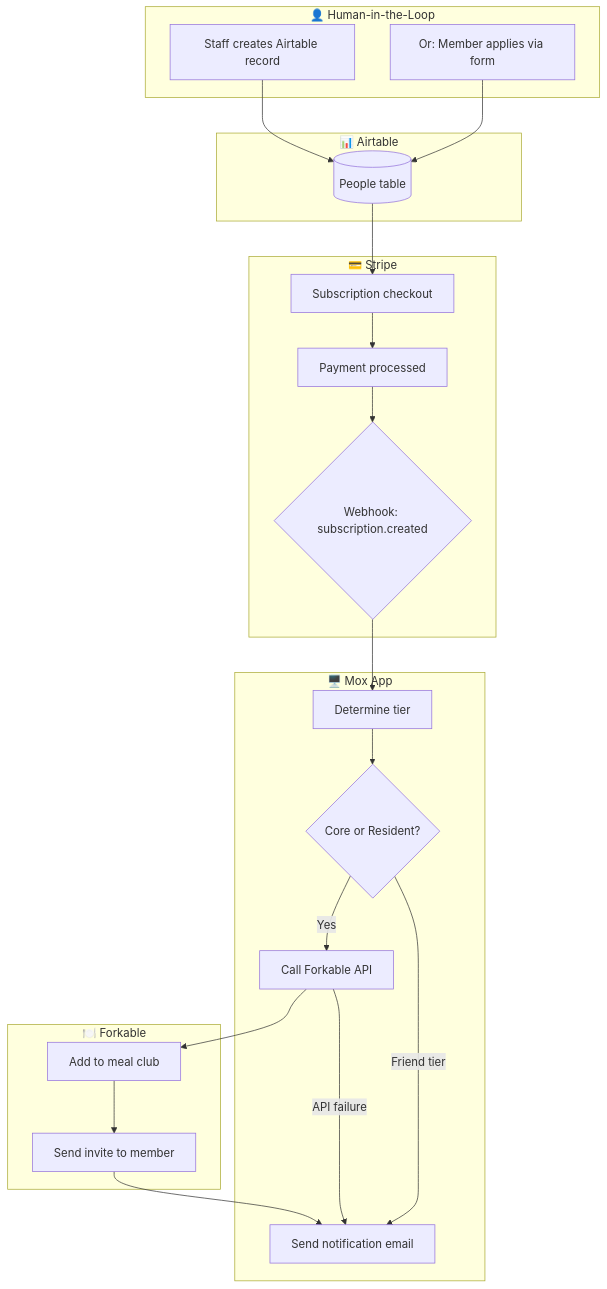
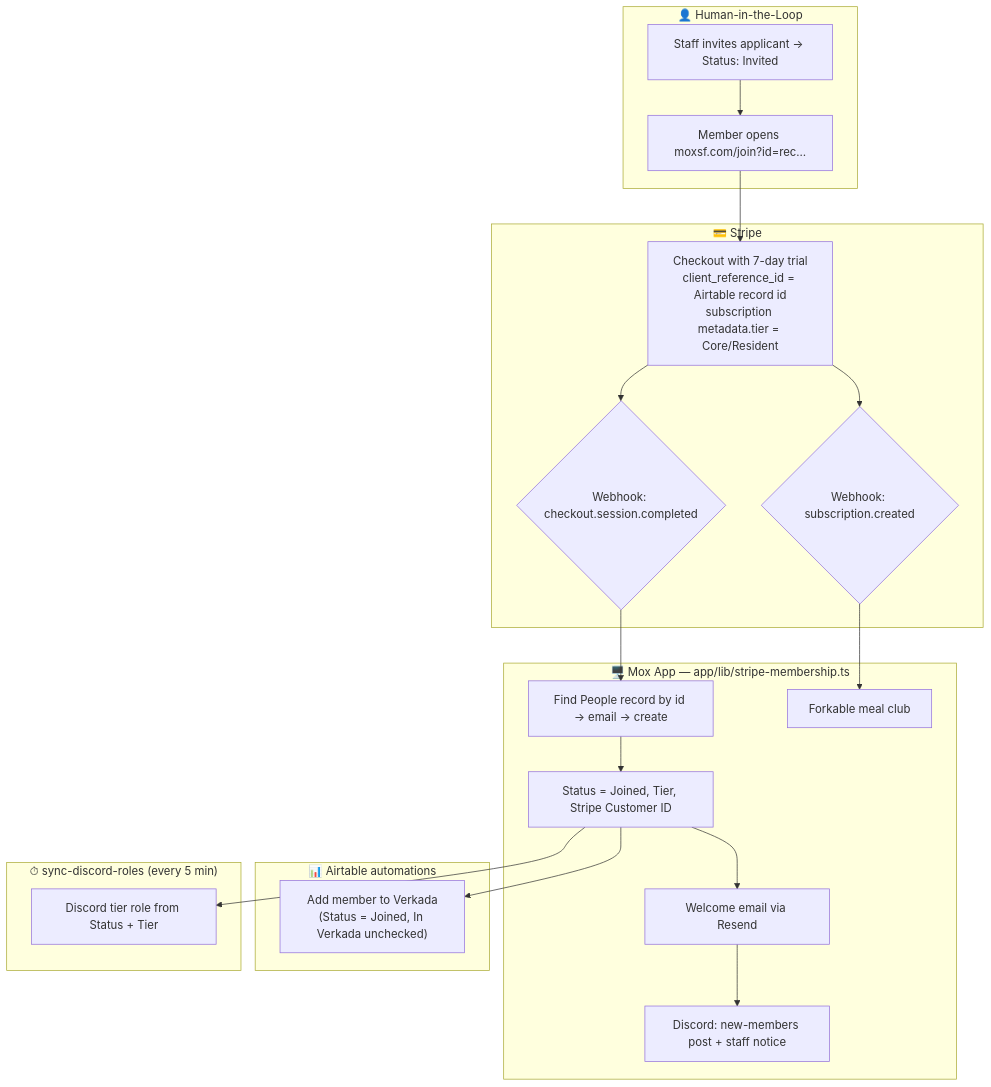
One commit to manifund/mox-sf changed the diagram in docs/workflows/member-onboarding.md. Above: the diagram before and after it, drawn with Mermaid. The commit also changed other lines of this file and 10 other files, not shown here.

````diff
--- a/docs/workflows/member-onboarding.md
+++ b/docs/workflows/member-onboarding.md
@@ -7,43 +7,35 @@
 ```mermaid
 flowchart TB
     subgraph Manual["👤 Human-in-the-Loop"]
-        A1[Staff creates Airtable record]
-        A2[Or: Member applies via form]
-    end
-
-    subgraph Airtable["📊 Airtable"]
-        B1[(People table)]
+        A1[Staff invites applicant → Status: Invited]
+        A2[Member opens moxsf.com/join?id=rec…]
     end
 
     subgraph Stripe["💳 Stripe"]
-        C1[Subscription checkout]
-        C2[Payment processed]
-        C3{Webhook: subscription.created}
+        C1[Checkout with 7-day trial<br/>client_reference_id = Airtable record id<br/>subscription metadata.tier = Core/Resident]
+        C3{Webhook: checkout.session.completed}
+        C4{Webhook: subscription.created}
     end
 
-    subgraph App["🖥️ Mox App"]
-        D1[Determine tier]
-        D2{Core or Resident?}
-        D3[Call Forkable API]
-        D4[Send notification email]
+    subgraph App["🖥️ Mox App — app/lib/stripe-membership.ts"]
+        D1[Find People record by id → email → create]
+        D2[Status = Joined, Tier, Stripe Customer ID]
+        D3[Welcome email via Resend]
+        D4[Discord: new-members post + staff notice]
+        D5[Forkable meal club]
     end
 
-    subgraph Forkable["🍽️ Forkable"]
-        E1[Add to meal club]
-        E2[Send invite to member]
+    subgraph Airtable["📊 Airtable automations"]
+        E1["Add member to Verkada<br/>(Status = Joined, In Verkada unchecked)"]
     end
 
-    A1 --> B1
-    A2 --> B1
-    B1 --> C1
-    C1 --> C2
-    C2 --> C3
-    C3 --> D1
-    D1 --> D2
-    D2 -->|Yes| D3
-    D2 -->|Friend tier| D4
-    D3 --> E1
-    E1 --> E2
-    E2 --> D4
-    D3 -->|API failure| D4
+    subgraph Cron["⏱ sync-discord-roles (every 5 min)"]
+        F1[Discord tier role from Status + Tier]
+    end
+
+    A1 --> A2 --> C1
+    C1 --> C3 --> D1 --> D2 --> D3 --> D4
+    C1 --> C4 --> D5
+    D2 --> E1
+    D2 --> F1
 ```
````
